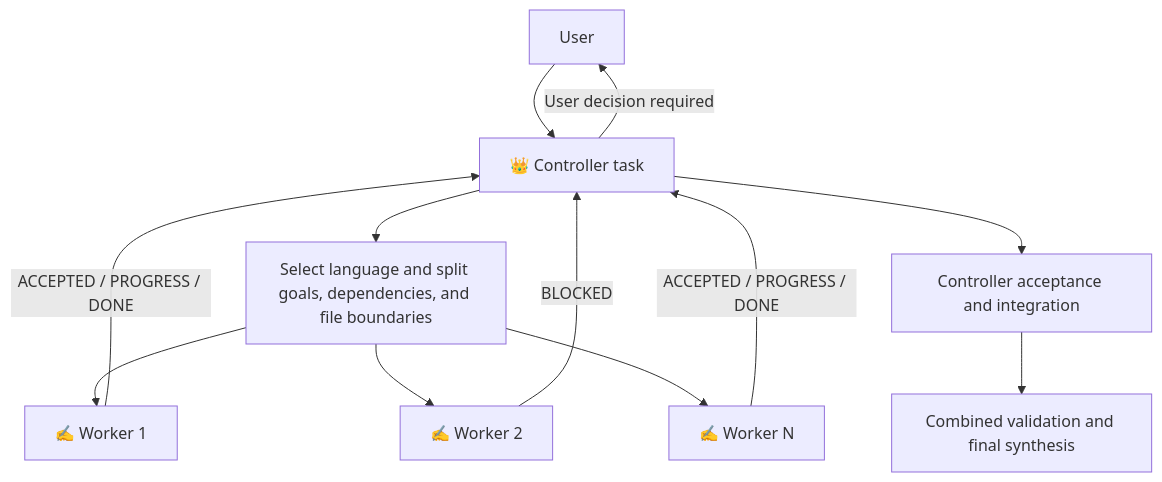
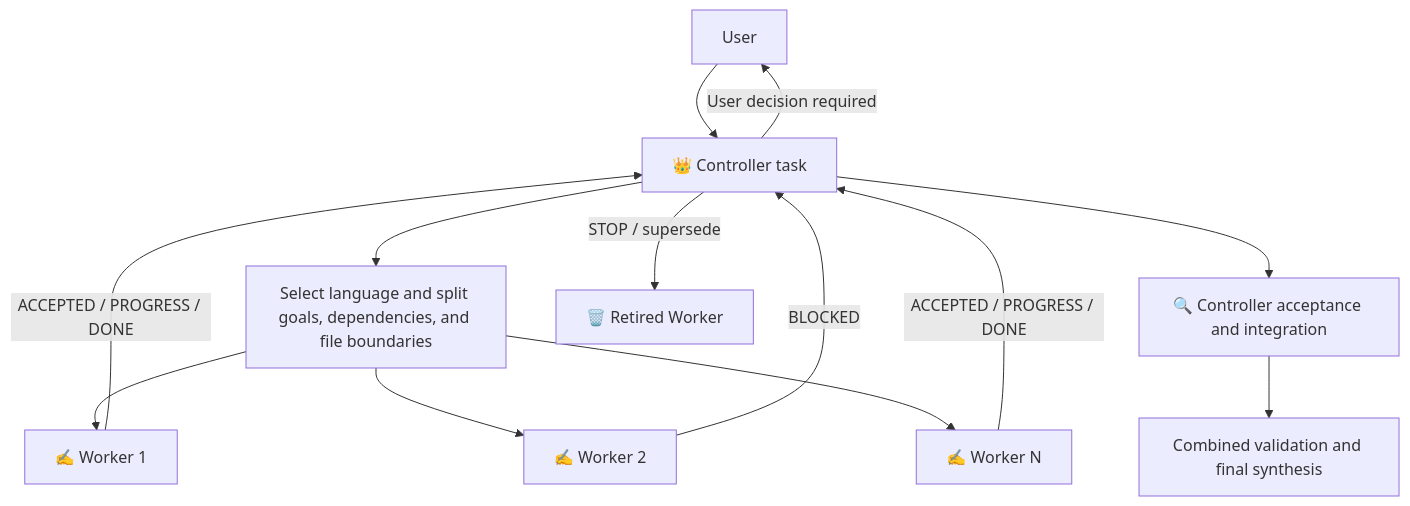
Before and after one commit to BillSJC/orchestrate-codex-tasks: the diagram in README.md, drawn with Mermaid. The commit also changed other lines of this file and 7 other files, not shown here.

````diff
--- a/README.md
+++ b/README.md
@@ -149,14 +175,15 @@
 ```mermaid
 flowchart TD
     U["User"] --> C["👑 Controller task"]
     C --> P["Select language and split goals, dependencies, and file boundaries"]
     P --> W1["✍️ Worker 1"]
     P --> W2["✍️ Worker 2"]
     P --> W3["✍️ Worker N"]
     W1 -->|"ACCEPTED / PROGRESS / DONE"| C
     W2 -->|"BLOCKED"| C
     W3 -->|"ACCEPTED / PROGRESS / DONE"| C
     C -->|"User decision required"| U
-    C --> V["Controller acceptance and integration"]
+    C --> V["🔍 Controller acceptance and integration"]
+    C -->|"STOP / supersede"| X["🗑️ Retired Worker"]
     V --> R["Combined validation and final synthesis"]
 ```
````
